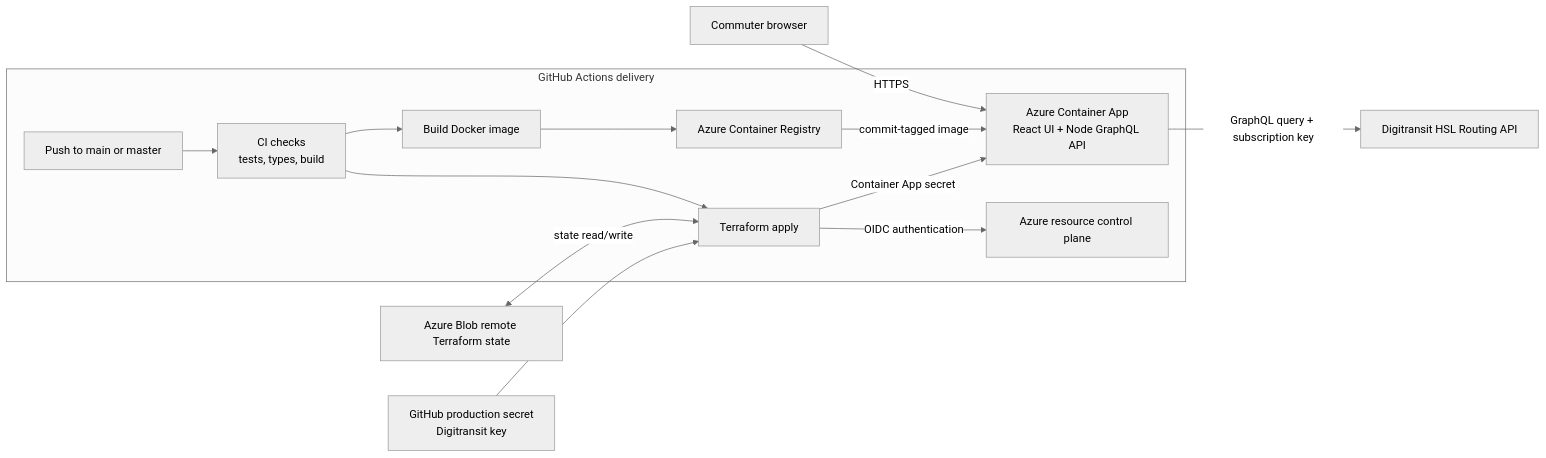
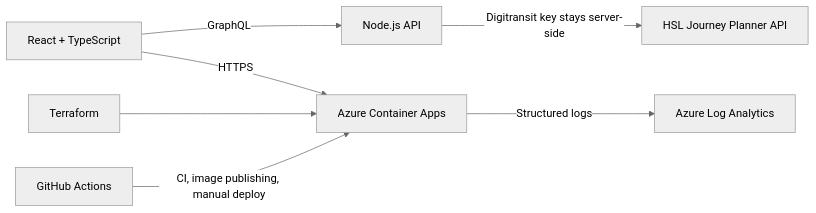
One commit to ibrahimm12/helsinki-hsl-commute-board changed the diagram in README.md. Above: the diagram before and after it, drawn with Mermaid (neutral theme). The commit also changed other lines of this file and 1 other file, not shown here.

Commit message:
docs: showcase HSL cloud and DevOps project

````diff
--- a/README.md
+++ b/README.md
@@ -44,18 +19,9 @@
 ```mermaid
 flowchart LR
-	commuter[Commuter browser] -->|HTTPS| app[Azure Container App\nReact UI + Node GraphQL API]
-	app -->|GraphQL query + subscription key| hsl[Digitransit HSL Routing API]
-
-	subgraph delivery[GitHub Actions delivery]
-		source[Push to main or master] --> ci[CI checks\ntests, types, build]
-		ci --> image[Build Docker image]
-		image --> registry[Azure Container Registry]
-		ci --> terraform[Terraform apply]
-		terraform -->|OIDC authentication| azure[Azure resource control plane]
-		registry -->|commit-tagged image| app
-	end
-
-	tfstate[Azure Blob remote Terraform state] <-->|state read/write| terraform
-	ghsecret[GitHub production secret\nDigitransit key] --> terraform
-	terraform -->|Container App secret| app
+  Browser["React + TypeScript"] -->|GraphQL| API["Node.js API"]
+  API -->|Digitransit key stays server-side| HSL["HSL Journey Planner API"]
+  Browser -->|HTTPS| ACA["Azure Container Apps"]
+  ACA -->|Structured logs| LA["Azure Log Analytics"]
+  Terraform["Terraform"] --> ACA
+  GitHub["GitHub Actions"] -->|CI, image publishing, manual deploy| ACA
 ```
````
